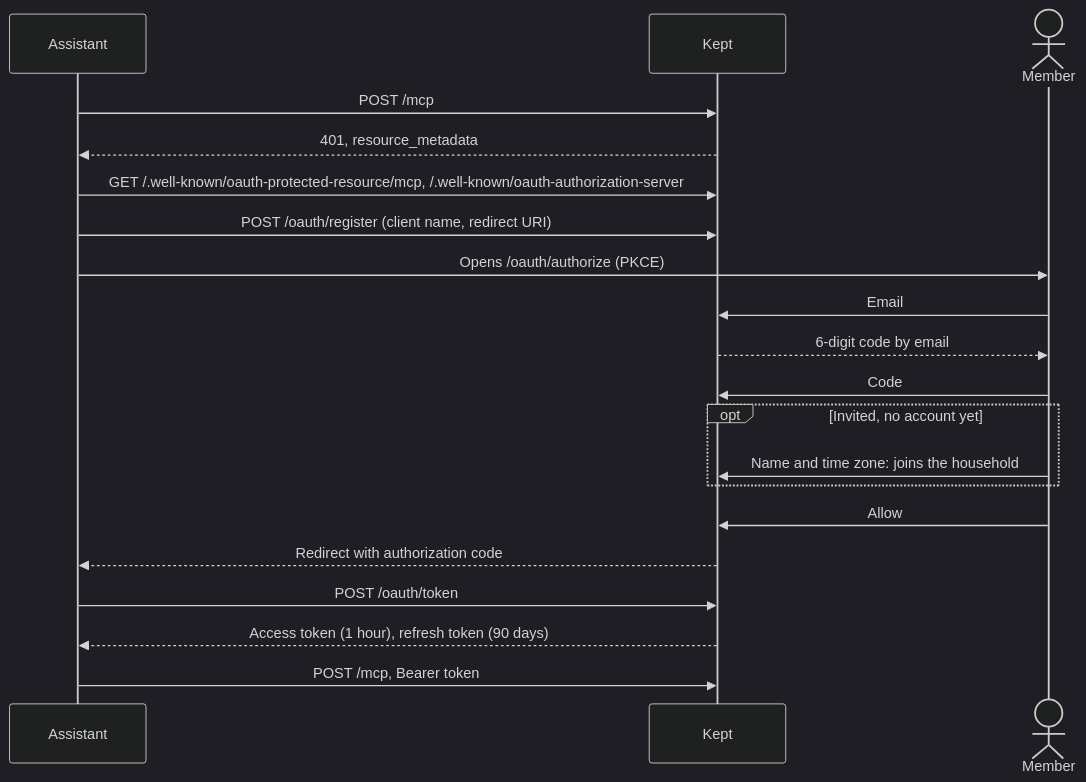
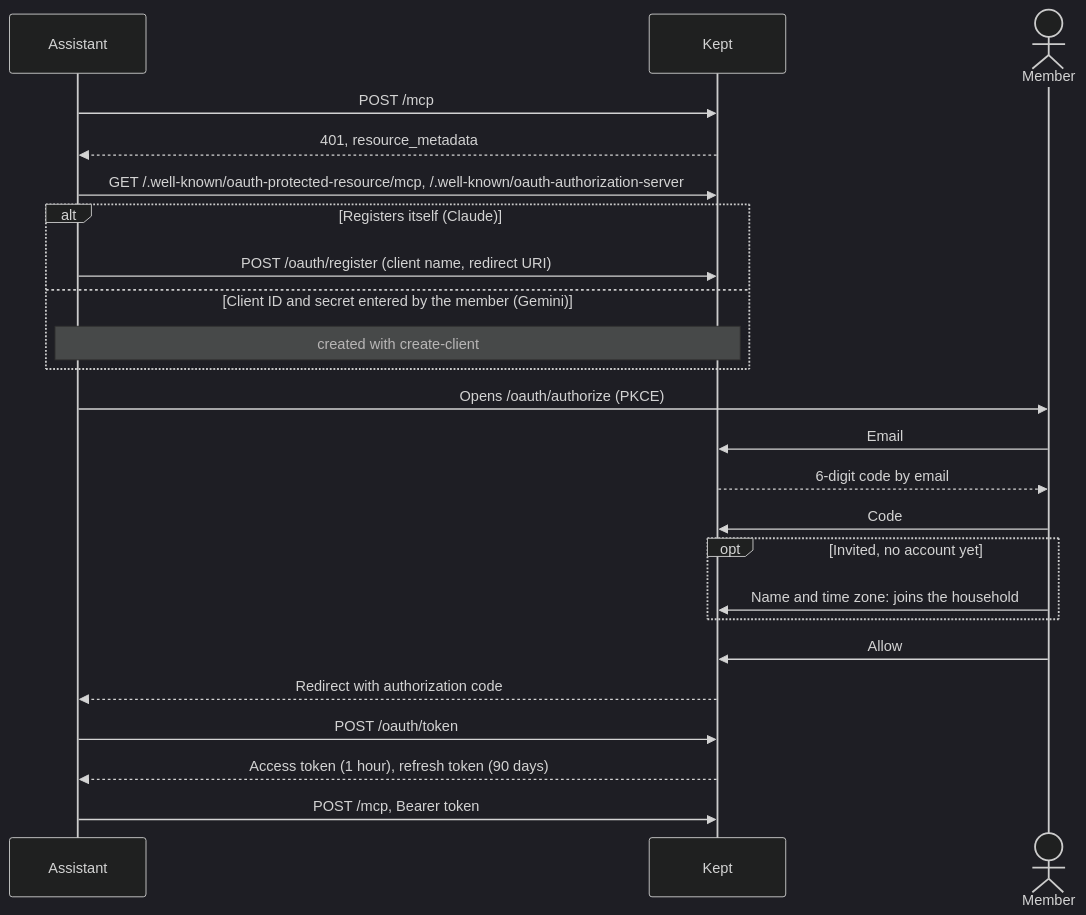
Before and after one commit to np25071984/kept: the second of 2 diagrams in docs/IMPLEMENTATION.md, drawn with Mermaid (dark theme). The commit also changed other lines of this file and 10 other files, not shown here.

First line of the commit message:
Make OAuth sign-in work with Gemini

````diff
--- a/docs/IMPLEMENTATION.md
+++ b/docs/IMPLEMENTATION.md
@@ -414,22 +414,26 @@
 ```mermaid
 sequenceDiagram
     participant A as Assistant
     participant K as Kept
     actor M as Member
     A->>K: POST /mcp
     K-->>A: 401, resource_metadata
     A->>K: GET /.well-known/oauth-protected-resource/mcp, /.well-known/oauth-authorization-server
-    A->>K: POST /oauth/register (client name, redirect URI)
+    alt Registers itself (Claude)
+        A->>K: POST /oauth/register (client name, redirect URI)
+    else Client ID and secret entered by the member (Gemini)
+        Note over A,K: created with create-client
+    end
     A->>M: Opens /oauth/authorize (PKCE)
     M->>K: Email
     K-->>M: 6-digit code by email
     M->>K: Code
     opt Invited, no account yet
         M->>K: Name and time zone: joins the household
     end
     M->>K: Allow
     K-->>A: Redirect with authorization code
     A->>K: POST /oauth/token
     K-->>A: Access token (1 hour), refresh token (90 days)
     A->>K: POST /mcp, Bearer token
 ```
````
